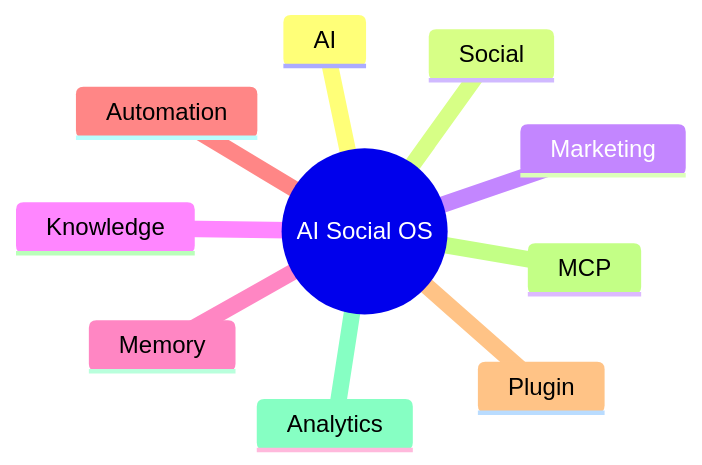
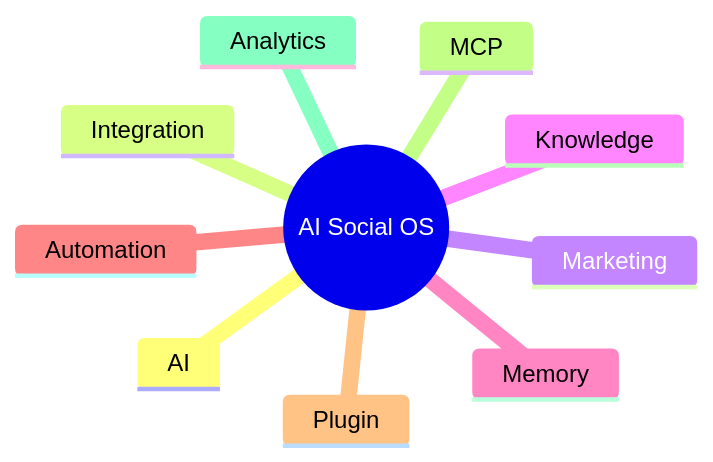
The second of 3 diagrams in docs/01_PRODUCT_REQUIREMENTS.md (Buicongbang04/Social_OS), drawn with Mermaid before and after one commit. The commit also changed other lines of this file and 55 other files, not shown here.

````diff
--- a/docs/01_PRODUCT_REQUIREMENTS.md
+++ b/docs/01_PRODUCT_REQUIREMENTS.md
@@ -216,13 +216,13 @@
 ```mermaid
 mindmap
   root((AI Social OS))
     AI
-    Social
+    Integration
     Marketing
     Knowledge
     Memory
     Automation
     Plugin
     MCP
     Analytics
 ```
````
